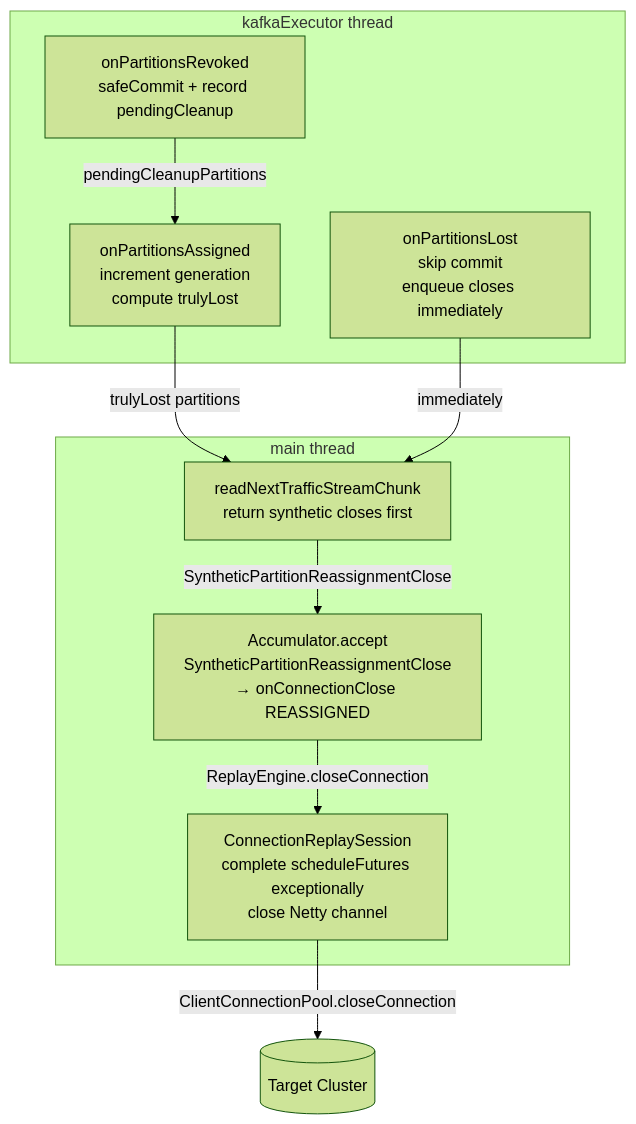
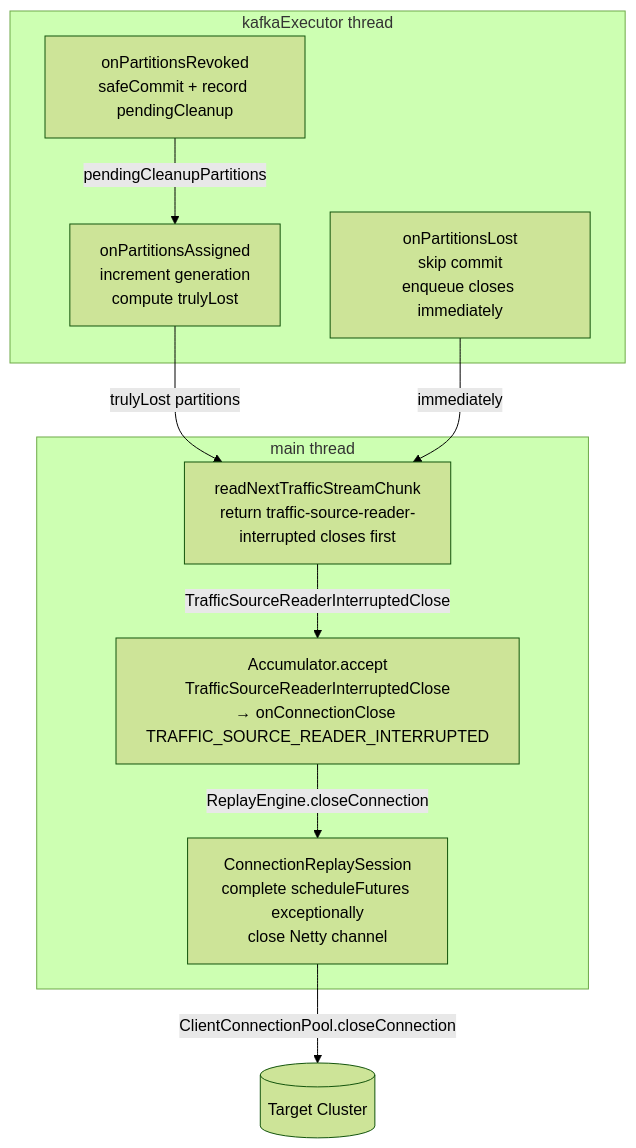
The fourth of 4 diagrams in docs/replayerArchitecture.md (opensearch-project/opensearch-migrations), drawn with Mermaid (forest theme) before and after one commit. The commit also changed other lines of this file, not shown here.

Commit message:
Update names in the architecture doc to match the new nomenclature already adopted in code

````diff
--- a/docs/replayerArchitecture.md
+++ b/docs/replayerArchitecture.md
@@ -507,21 +507,21 @@
 ```mermaid
 flowchart TD
     subgraph kafkaExecutor["kafkaExecutor thread"]
         REV[onPartitionsRevoked\nsafeCommit + record pendingCleanup]
         ASN[onPartitionsAssigned\nincrement generation\ncompute trulyLost]
         LOST[onPartitionsLost\nskip commit\nenqueue closes immediately]
     end
 
     subgraph mainThread["main thread"]
-        SYNTH[readNextTrafficStreamChunk\nreturn synthetic closes first]
-        ACC2[Accumulator.accept\nSyntheticPartitionReassignmentClose\n→ onConnectionClose REASSIGNED]
+        SYNTH[readNextTrafficStreamChunk\nreturn traffic-source-reader-interrupted closes first]
+        ACC2[Accumulator.accept\nTrafficSourceReaderInterruptedClose\n→ onConnectionClose TRAFFIC_SOURCE_READER_INTERRUPTED]
         CANCEL[ConnectionReplaySession\ncomplete scheduleFutures exceptionally\nclose Netty channel]
     end
 
     REV -->|pendingCleanupPartitions| ASN
     ASN -->|trulyLost partitions| SYNTH
     LOST -->|immediately| SYNTH
-    SYNTH -->|SyntheticPartitionReassignmentClose| ACC2
+    SYNTH -->|TrafficSourceReaderInterruptedClose| ACC2
     ACC2 -->|ReplayEngine.closeConnection| CANCEL
     CANCEL -->|ClientConnectionPool.closeConnection| Target[(Target Cluster)]
 ```
````
